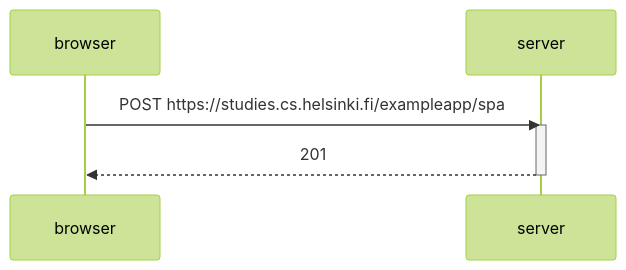
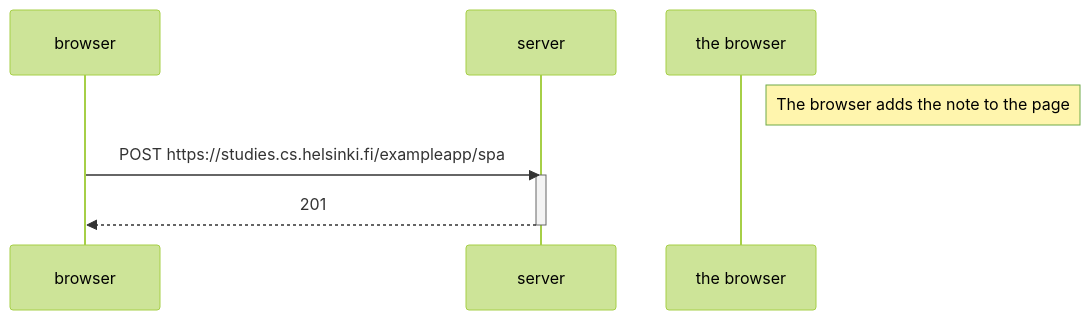
The diagram in Part0/0.6.md (JaakkoHeii/FullStackCourse), drawn with Mermaid (forest theme) before and after one commit.

Commit message:
Exercise ready

````diff
--- a/Part0/0.6.md
+++ b/Part0/0.6.md
@@ -1,11 +1,13 @@
 ```mermaid
     sequenceDiagram
     participant browser
     participant server
+
+Note right of the browser: The browser adds the note to the page
 
     browser->>server: POST https://studies.cs.helsinki.fi/exampleapp/spa
     activate server
     server-->>browser: 201
     deactivate server
 
 ```
````
